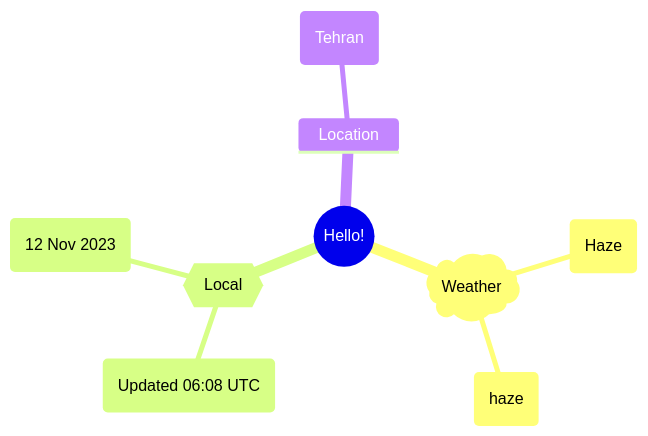
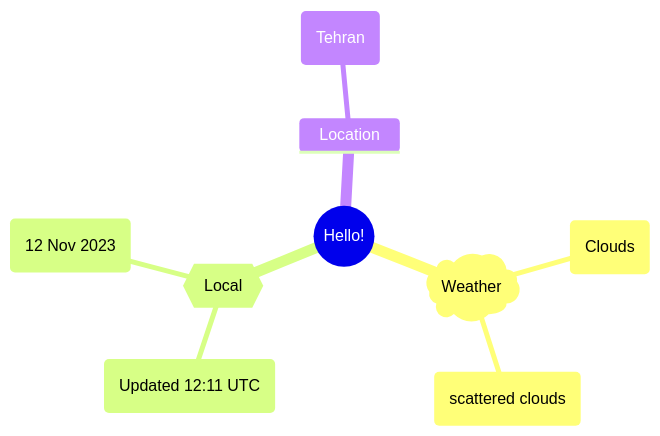
The first of 2 diagrams in README.md (Xosrov/Xosrov), drawn with Mermaid before and after one commit.

Commit message:
[bot] updated images

````diff
--- a/README.md
+++ b/README.md
@@ -3,12 +3,12 @@
 ```mermaid
 mindmap
   root((Hello!))
     )Weather(
-        (Haze)
-        (haze)
+        (Clouds)
+        (scattered clouds)
     {{Local}}
-        (Updated 06:08 UTC)
+        (Updated 12:11 UTC)
         (12 Nov 2023)
     Location
         (Tehran)
 ```
````
